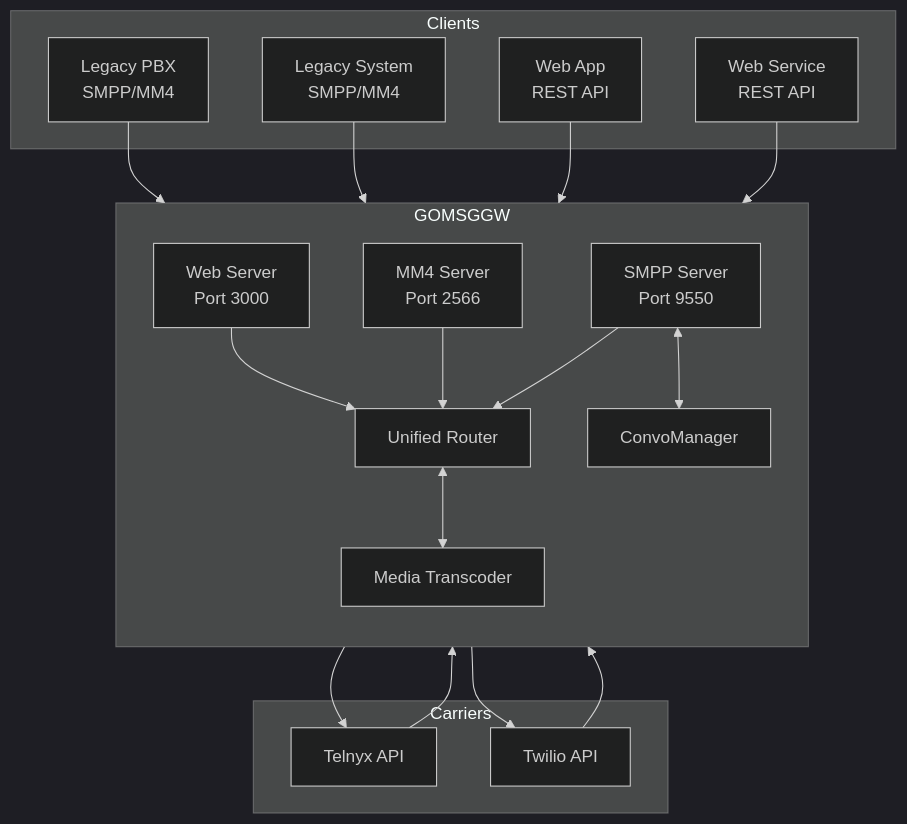
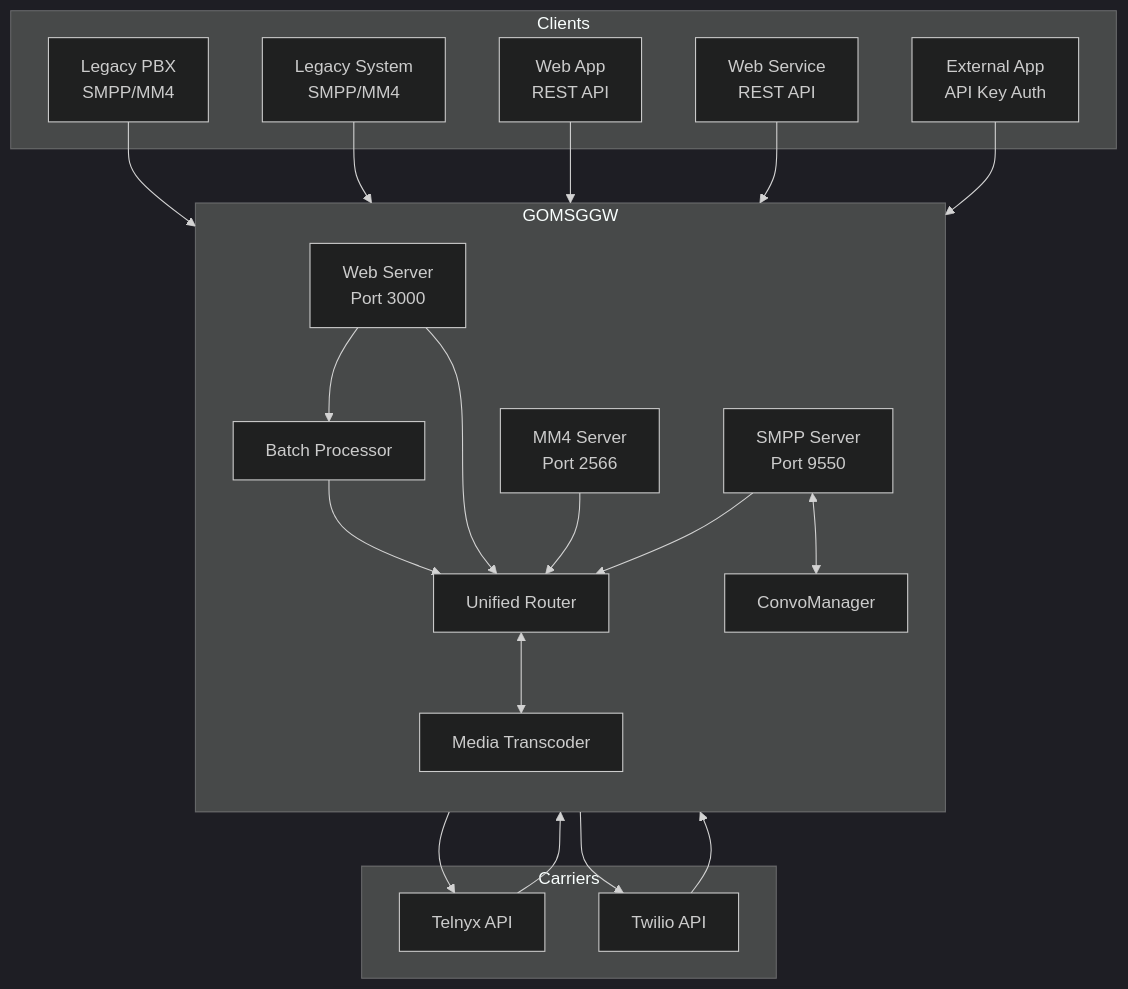
Before and after one commit to sagostin/gomsggw: the first of 8 diagrams in docs/architecture.md, drawn with Mermaid (dark theme). The commit also changed other lines of this file and 21 other files, not shown here.

Commit message:
start adding batch sending via api

````diff
--- a/docs/architecture.md
+++ b/docs/architecture.md
@@ -25,41 +25,46 @@
 ```mermaid
 graph TB
     subgraph "Clients"
         LC1[Legacy PBX<br/>SMPP/MM4]
         LC2[Legacy System<br/>SMPP/MM4]
         WC1[Web App<br/>REST API]
         WC2[Web Service<br/>REST API]
+        EA1[External App<br/>API Key Auth]
     end
     
     subgraph "GOMSGGW"
         direction TB
         SMPP[SMPP Server<br/>Port 9550]
         MM4[MM4 Server<br/>Port 2566]
         WEB[Web Server<br/>Port 3000]
         
         ROUTER[Unified Router]
         TRANS[Media Transcoder]
         CONVO[ConvoManager]
+        BATCH[Batch Processor]
         
         SMPP --> ROUTER
         MM4 --> ROUTER
         WEB --> ROUTER
+        BATCH --> ROUTER
         ROUTER <--> TRANS
         SMPP <--> CONVO
     end
     
     subgraph "Carriers"
         TEL[Telnyx API]
         TWI[Twilio API]
     end
     
     LC1 --> SMPP
     LC2 --> MM4
     WC1 --> WEB
     WC2 --> WEB
+    EA1 --> WEB
+    WEB --> BATCH
     
     ROUTER --> TEL
     ROUTER --> TWI
     TEL --> WEB
     TWI --> WEB
 ```
````
